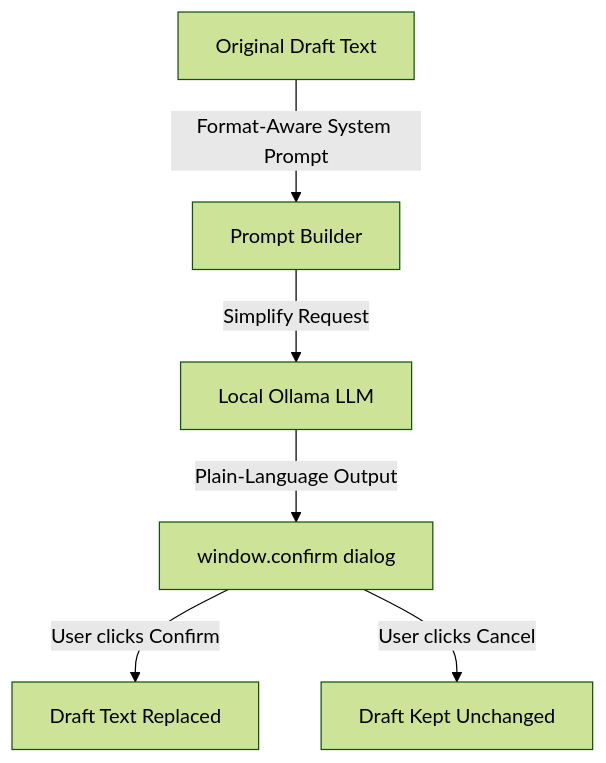
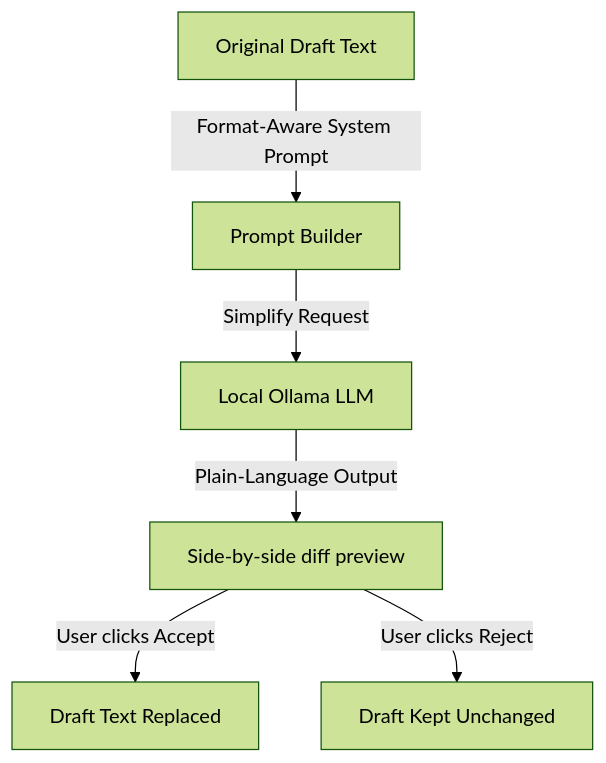
Before and after one commit to scottconverse/CivicNewspaper: the fourth of 6 diagrams in docs/architecture.md, drawn with Mermaid (forest theme). The commit also changed other lines of this file and 78 other files, not shown here.

````diff
--- a/docs/architecture.md
+++ b/docs/architecture.md
@@ -88,8 +90,8 @@
 ```mermaid
 graph TD
     Draft[Original Draft Text] -->|Format-Aware System Prompt| PromptBuilder[Prompt Builder]
     PromptBuilder -->|Simplify Request| LLM[Local Ollama LLM]
-    LLM -->|Plain-Language Output| ConfirmDialog[window.confirm dialog]
-    ConfirmDialog -->|User clicks Confirm| DraftReplaced[Draft Text Replaced]
-    ConfirmDialog -->|User clicks Cancel| DraftKept[Draft Kept Unchanged]
+    LLM -->|Plain-Language Output| DiffModal[Side-by-side diff preview]
+    DiffModal -->|User clicks Accept| DraftReplaced[Draft Text Replaced]
+    DiffModal -->|User clicks Reject| DraftKept[Draft Kept Unchanged]
 ```
````
